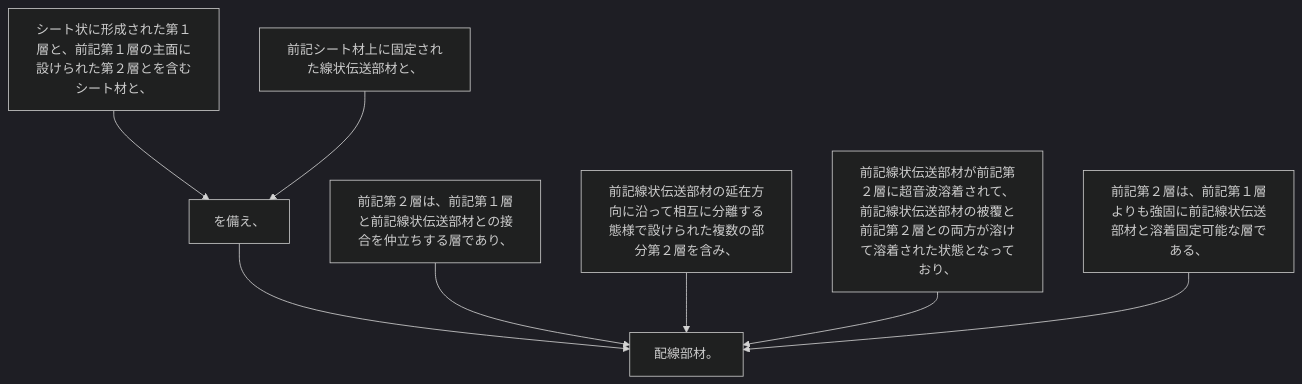
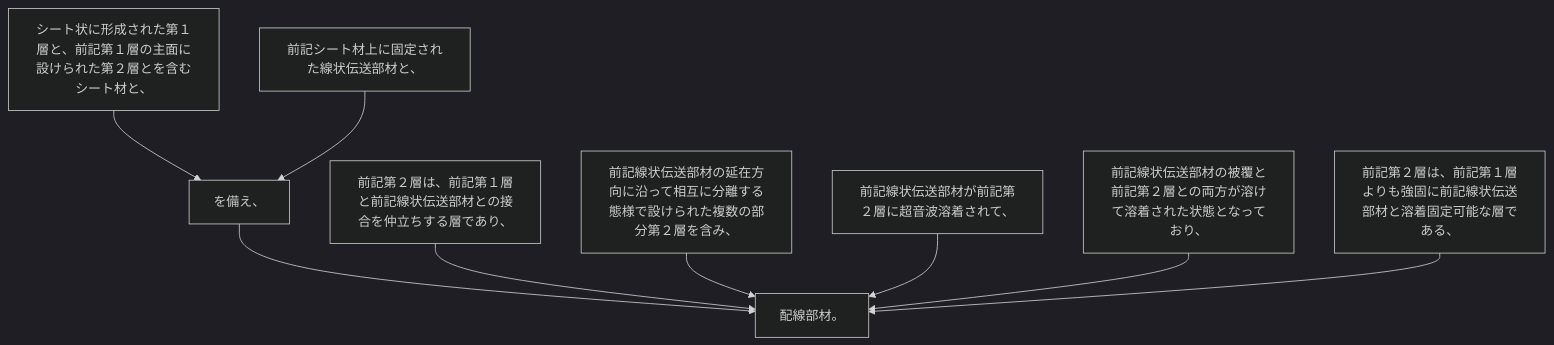
The diagram in 2024/JP2024001238A/claim_1/README.md (shinmori55/patent_analyzed), drawn with Mermaid (dark theme) before and after one commit. The commit also changed 31 other files, not shown here.

````diff
--- a/2024/JP2024001238A/claim_1/README.md
+++ b/2024/JP2024001238A/claim_1/README.md
@@ -7,18 +7,20 @@
 ```mermaid
 flowchart TD
 A[シート状に形成された第１層と、前記第１層の主面に設けられた第２層とを含むシート材と、]
 B[前記シート材上に固定された線状伝送部材と、]
 C[を備え、]
 D[前記第２層は、前記第１層と前記線状伝送部材との接合を仲立ちする層であり、]
 E[前記線状伝送部材の延在方向に沿って相互に分離する態様で設けられた複数の部分第２層を含み、]
-F[前記線状伝送部材が前記第２層に超音波溶着されて、前記線状伝送部材の被覆と前記第２層との両方が溶けて溶着された状態となっており、]
-G[前記第２層は、前記第１層よりも強固に前記線状伝送部材と溶着固定可能な層である、]
-H[配線部材。]
+F[前記線状伝送部材が前記第２層に超音波溶着されて、]
+G[前記線状伝送部材の被覆と前記第２層との両方が溶けて溶着された状態となっており、]
+H[前記第２層は、前記第１層よりも強固に前記線状伝送部材と溶着固定可能な層である、]
+I[配線部材。]
 A --> C
 B --> C
-C --> H
-D --> H
-E --> H
-F --> H
-G --> H
+C --> I
+D --> I
+E --> I
+F --> I
+G --> I
+H --> I
 ```
````
